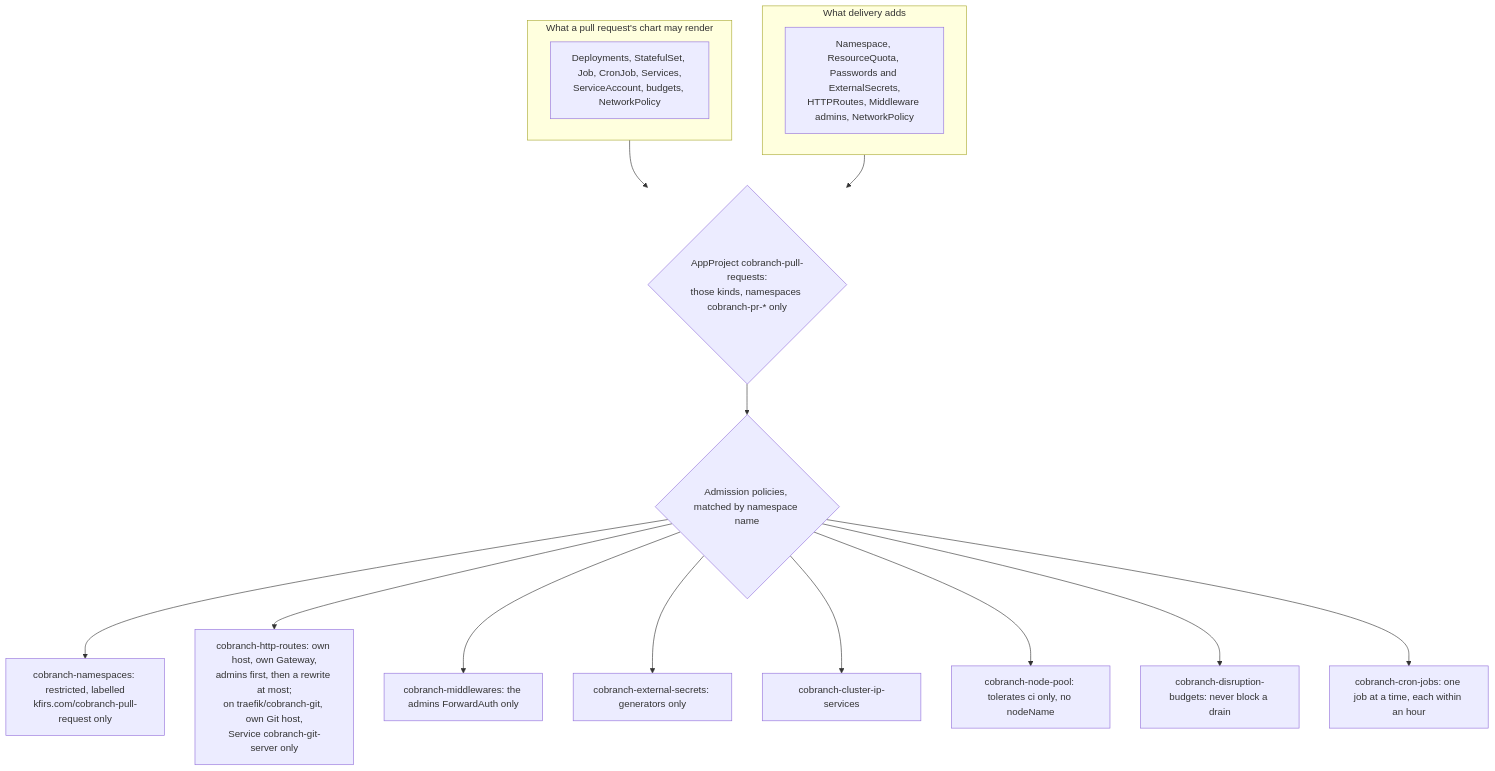
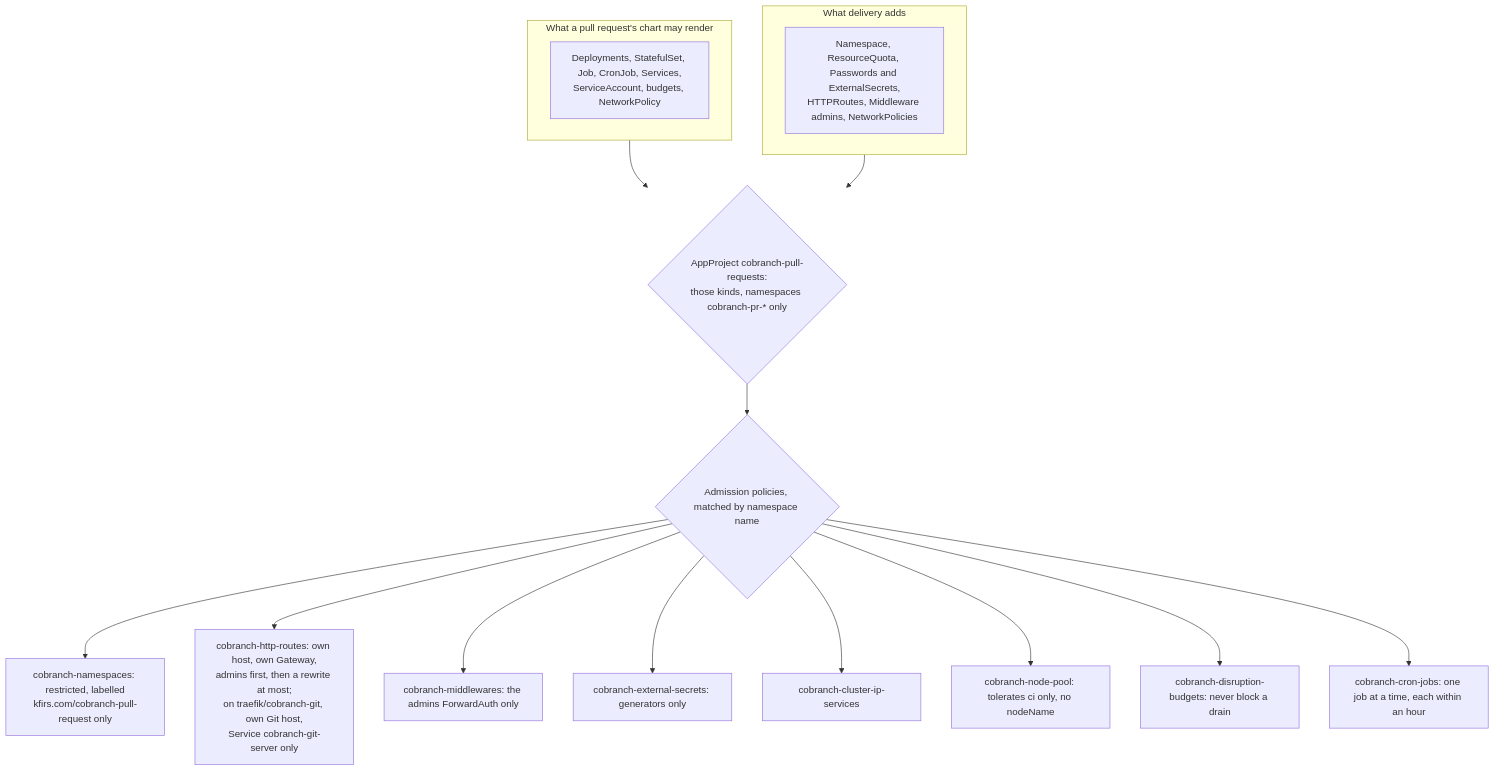
The fourth of 4 diagrams in docs/delivery/designs/cobranch-previews.md (arikkfir-org/delivery), drawn with Mermaid before and after one commit. The commit also changed other lines of this file and 5 other files, not shown here.

````diff
--- a/docs/delivery/designs/cobranch-previews.md
+++ b/docs/delivery/designs/cobranch-previews.md
@@ -77,20 +77,20 @@
 ```mermaid
 flowchart TB
   subgraph code["What a pull request's chart may render"]
     K1["Deployments, StatefulSet, Job, CronJob, Services,<br/>ServiceAccount, budgets, NetworkPolicy"]
   end
   subgraph hub["What delivery adds"]
-    K2["Namespace, ResourceQuota, Passwords and ExternalSecrets,<br/>HTTPRoutes, Middleware admins, NetworkPolicy"]
+    K2["Namespace, ResourceQuota, Passwords and ExternalSecrets,<br/>HTTPRoutes, Middleware admins, NetworkPolicies"]
   end
   code --> Proj{"AppProject cobranch-pull-requests:<br/>those kinds, namespaces cobranch-pr-* only"}
   hub --> Proj
   Proj --> Pol{"Admission policies, matched by namespace name"}
   Pol --> P1["cobranch-namespaces: restricted, labelled<br/>kfirs.com/cobranch-pull-request only"]
   Pol --> P2["cobranch-http-routes: own host, own Gateway,<br/>admins first, then a rewrite at most;<br/>on traefik/cobranch-git, own Git host,<br/>Service cobranch-git-server only"]
   Pol --> P3["cobranch-middlewares: the admins ForwardAuth only"]
   Pol --> P4["cobranch-external-secrets: generators only"]
   Pol --> P5["cobranch-cluster-ip-services"]
   Pol --> P6["cobranch-node-pool: tolerates ci only, no nodeName"]
   Pol --> P7["cobranch-disruption-budgets: never block a drain"]
   Pol --> P8["cobranch-cron-jobs: one job at a time, each within an hour"]
 ```
````
